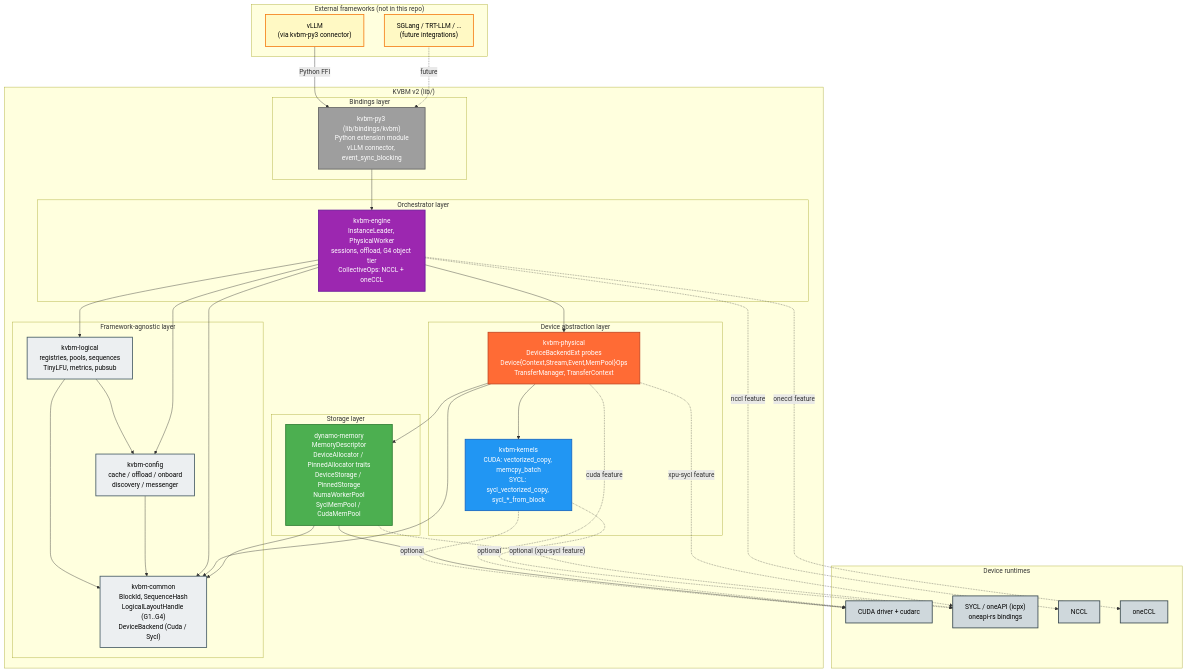
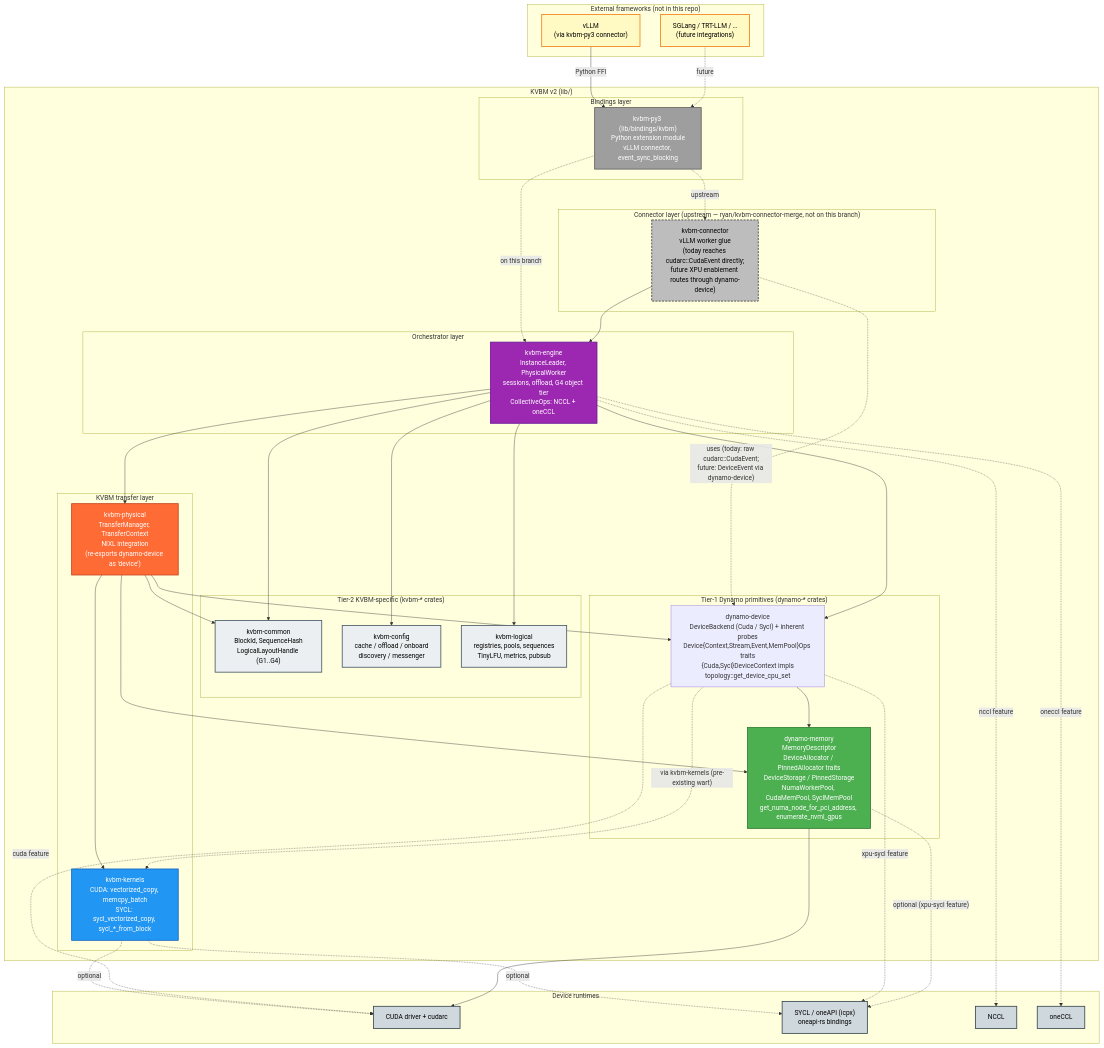
One commit to ai-dynamo/dynamo changed the first of 4 diagrams in lib/kvbm-physical/docs/kvbm_v2_xpu_sycl_enablement.md. Above: the diagram before and after it, drawn with Mermaid. The commit also changed other lines of this file and 26 other files, not shown here.

````diff
--- a/lib/kvbm-physical/docs/kvbm_v2_xpu_sycl_enablement.md
+++ b/lib/kvbm-physical/docs/kvbm_v2_xpu_sycl_enablement.md
@@ -73,8 +74,8 @@
     end
 
     subgraph v2["KVBM v2 (lib/)"]
-        subgraph topLayer["Framework-agnostic layer"]
-            Common["kvbm-common<br/>BlockId, SequenceHash<br/>LogicalLayoutHandle (G1..G4)<br/>DeviceBackend (Cuda / Sycl)"]
+        subgraph topLayer["Tier-2 KVBM-specific (kvbm-* crates)"]
+            Common["kvbm-common<br/>BlockId, SequenceHash<br/>LogicalLayoutHandle (G1..G4)"]
             Config["kvbm-config<br/>cache / offload / onboard<br/>discovery / messenger"]
             Logical["kvbm-logical<br/>registries, pools, sequences<br/>TinyLFU, metrics, pubsub"]
         end
@@ -83,17 +84,22 @@
             Engine["kvbm-engine<br/>InstanceLeader, PhysicalWorker<br/>sessions, offload, G4 object tier<br/>CollectiveOps: NCCL + oneCCL"]
         end
 
-        subgraph physLayer["Device abstraction layer"]
-            Physical["kvbm-physical<br/>DeviceBackendExt probes<br/>Device{Context,Stream,Event,MemPool}Ops<br/>TransferManager, TransferContext"]
+        subgraph physLayer["KVBM transfer layer"]
+            Physical["kvbm-physical<br/>TransferManager, TransferContext<br/>NIXL integration<br/>(re-exports dynamo-device as 'device')"]
             Kernels["kvbm-kernels<br/>CUDA: vectorized_copy, memcpy_batch<br/>SYCL: sycl_vectorized_copy, sycl_*_from_block"]
         end
 
-        subgraph memLayer["Storage layer"]
-            Memory["dynamo-memory<br/>MemoryDescriptor<br/>DeviceAllocator / PinnedAllocator traits<br/>DeviceStorage / PinnedStorage<br/>NumaWorkerPool<br/>SyclMemPool / CudaMemPool"]
+        subgraph tier1Layer["Tier-1 Dynamo primitives (dynamo-* crates)"]
+            Device["dynamo-device<br/>DeviceBackend (Cuda / Sycl) + inherent probes<br/>Device{Context,Stream,Event,MemPool}Ops traits<br/>{Cuda,Sycl}DeviceContext impls<br/>topology::get_device_cpu_set"]
+            Memory["dynamo-memory<br/>MemoryDescriptor<br/>DeviceAllocator / PinnedAllocator traits<br/>DeviceStorage / PinnedStorage<br/>NumaWorkerPool, CudaMemPool, SyclMemPool<br/>get_numa_node_for_pci_address, enumerate_nvml_gpus"]
         end
 
         subgraph bindLayer["Bindings layer"]
             PyBind["kvbm-py3 (lib/bindings/kvbm)<br/>Python extension module<br/>vLLM connector, event_sync_blocking"]
+        end
+
+        subgraph connectorLayer["Connector layer (upstream — ryan/kvbm-connector-merge, not on this branch)"]
+            Connector["kvbm-connector<br/>vLLM worker glue<br/>(today reaches cudarc::CudaEvent directly;<br/>future XPU enablement routes through dynamo-device)"]
         end
     end
 
@@ -108,36 +114,47 @@
     VLLM -- "Python FFI" --> PyBind
     SGL -. "future" .-> PyBind
 
-    %% Bindings → engine (the glue layer that orchestrates everything)
-    PyBind --> Engine
+    %% Bindings → connector → engine (connector is the glue layer that
+    %% orchestrates everything; on this branch the bindings still talk
+    %% to engine directly)
+    PyBind -. on this branch .-> Engine
+    PyBind -. upstream .-> Connector
+    Connector --> Engine
+    Connector -. uses (today: raw cudarc::CudaEvent;<br/>future: DeviceEvent via dynamo-device) .-> Device
 
-    %% Top layer dependencies
-    Logical --> Common
-    Logical --> Config
-    Config --> Common
+    %% kvbm-logical depends only on dynamo-tokens (no kvbm-common/config dep).
+    %% kvbm-config depends on dynamo-memory (no kvbm-common dep).
 
-    %% Engine depends on logical, physical, and top layer
+
+    %% Engine depends on logical, physical, dynamo-device (direct), and top layer
     Engine --> Logical
     Engine --> Physical
+    Engine --> Device
     Engine --> Common
     Engine --> Config
 
-    %% Physical layer
+    %% kvbm-physical sits above tier-1 Dynamo primitives
     Physical --> Memory
+    Physical --> Device
     Physical --> Common
     Physical --> Kernels
-    Memory --> Common
     Kernels -. optional .-> CUDA
     Kernels -. optional .-> SYCL
 
-    %% Memory layer — cudarc is unconditional (CudaMemPool + NUMA helpers),
-    %% oneapi-rs is optional behind the xpu-sycl feature (SyclMemPool).
+    %% dynamo-device owns the device abstraction; depends on dynamo-memory
+    %% for storage primitives (CudaMemPool / SyclMemPool / NUMA topology).
+    %% Crucially, dynamo-device does NOT depend on kvbm-common or any
+    %% other kvbm-* crate (one pre-existing exception: kvbm-kernels for
+    %% kernel launchers, flagged as a known wart).
+    Device --> Memory
+    Device -. cuda feature .-> CUDA
+    Device -. xpu-sycl feature .-> SYCL
+    Device -. via kvbm-kernels (pre-existing wart) ..-> Kernels
+
+    %% dynamo-memory is fully tier-1: no kvbm-* deps. cudarc is
+    %% unconditional (CudaMemPool); oneapi-rs is optional (SyclMemPool).
     Memory -. optional (xpu-sycl feature) .-> SYCL
     Memory --> CUDA
-
-    %% Device backends
-    Physical -. cuda feature .-> CUDA
-    Physical -. xpu-sycl feature .-> SYCL
 
     %% Collectives
     Engine -. nccl feature .-> NCCL
@@ -150,6 +167,7 @@
     classDef kernels fill:#2196f3,stroke:#1565c0,color:#fff,stroke-width:2px
     classDef memory fill:#4caf50,stroke:#2e7d32,color:#fff,stroke-width:2px
     classDef bindings fill:#9e9e9e,stroke:#616161,color:#fff,stroke-width:2px
+    classDef connector fill:#bdbdbd,stroke:#424242,color:#000,stroke-width:2px,stroke-dasharray: 5 3
     classDef external fill:#fff9c4,stroke:#f57f17,color:#000,stroke-width:2px
     classDef hw fill:#cfd8dc,stroke:#37474f,color:#000,stroke-width:2px
 
@@ -159,6 +177,7 @@
     class Kernels kernels
     class Memory memory
     class PyBind bindings
+    class Connector connector
     class VLLM,SGL external
     class CUDA,SYCL,NCCL,OneCCL hw
 ```
````
